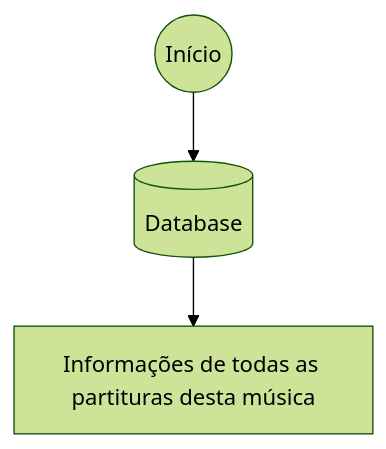
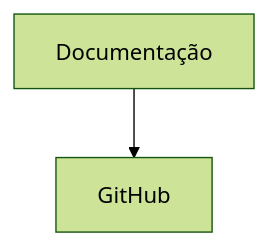
The second of 4 diagrams in docs/Baixo Nivel/8 - Fluxo/2 - Fluxo - Servidor (incompleto).md (Faell4328/ottavada), drawn with Mermaid (forest theme) before and after one commit. The commit also changed other lines of this file and 5 other files, not shown here.

Commit message:
testando diagras com mermaid no gitea e github

````diff
--- a/docs/Baixo Nivel/8 - Fluxo/2 - Fluxo - Servidor (incompleto).md
+++ b/docs/Baixo Nivel/8 - Fluxo/2 - Fluxo - Servidor (incompleto).md
@@ -3,5 +21,5 @@
 ```mermaid
 flowchart TD
-A((Início)) --> B[(Database)]
-B --> C[Informações de todas as partituras desta música]
+  A[Documentação] --> B[GitHub]
+  click B "https://github.com" _blank
 ```
````
